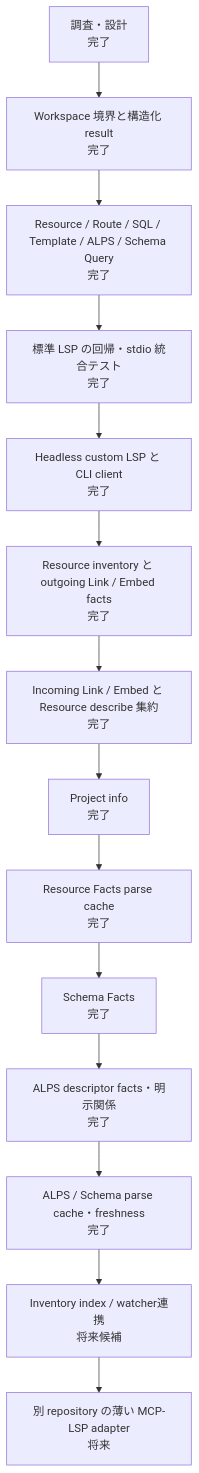
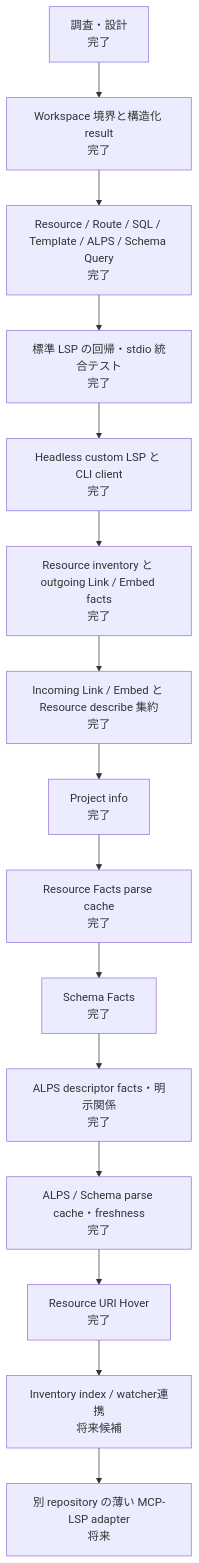
The second of 2 diagrams in docs/semantic-lsp-progress.ja.md (suzumaze/bear-phpactor-extension), drawn with Mermaid before and after one commit. The commit also changed other lines of this file and 7 other files, not shown here.

Commit message:
feat: expose resource facts through standard hover

````diff
--- a/docs/semantic-lsp-progress.ja.md
+++ b/docs/semantic-lsp-progress.ja.md
@@ -31,19 +31,20 @@
 ```mermaid
 flowchart TD
     p0["調査・設計\n完了"]
     p1["Workspace 境界と構造化 result\n完了"]
     p2["Resource / Route / SQL / Template / ALPS / Schema Query\n完了"]
     p3["標準 LSP の回帰・stdio 統合テスト\n完了"]
     p4["Headless custom LSP と CLI client\n完了"]
     p5["Resource inventory と outgoing Link / Embed facts\n完了"]
     p6["Incoming Link / Embed と Resource describe 集約\n完了"]
     p7["Project info\n完了"]
     p75["Resource Facts parse cache\n完了"]
     p76["Schema Facts\n完了"]
     p77["ALPS descriptor facts・明示関係\n完了"]
     p78["ALPS / Schema parse cache・freshness\n完了"]
-    p79["Inventory index / watcher連携\n将来候補"]
+    p79["Resource URI Hover\n完了"]
+    p80["Inventory index / watcher連携\n将来候補"]
     p8["別 repository の薄い MCP-LSP adapter\n将来"]
 
-    p0 --> p1 --> p2 --> p3 --> p4 --> p5 --> p6 --> p7 --> p75 --> p76 --> p77 --> p78 --> p79 --> p8
+    p0 --> p1 --> p2 --> p3 --> p4 --> p5 --> p6 --> p7 --> p75 --> p76 --> p77 --> p78 --> p79 --> p80 --> p8
 ```
````
